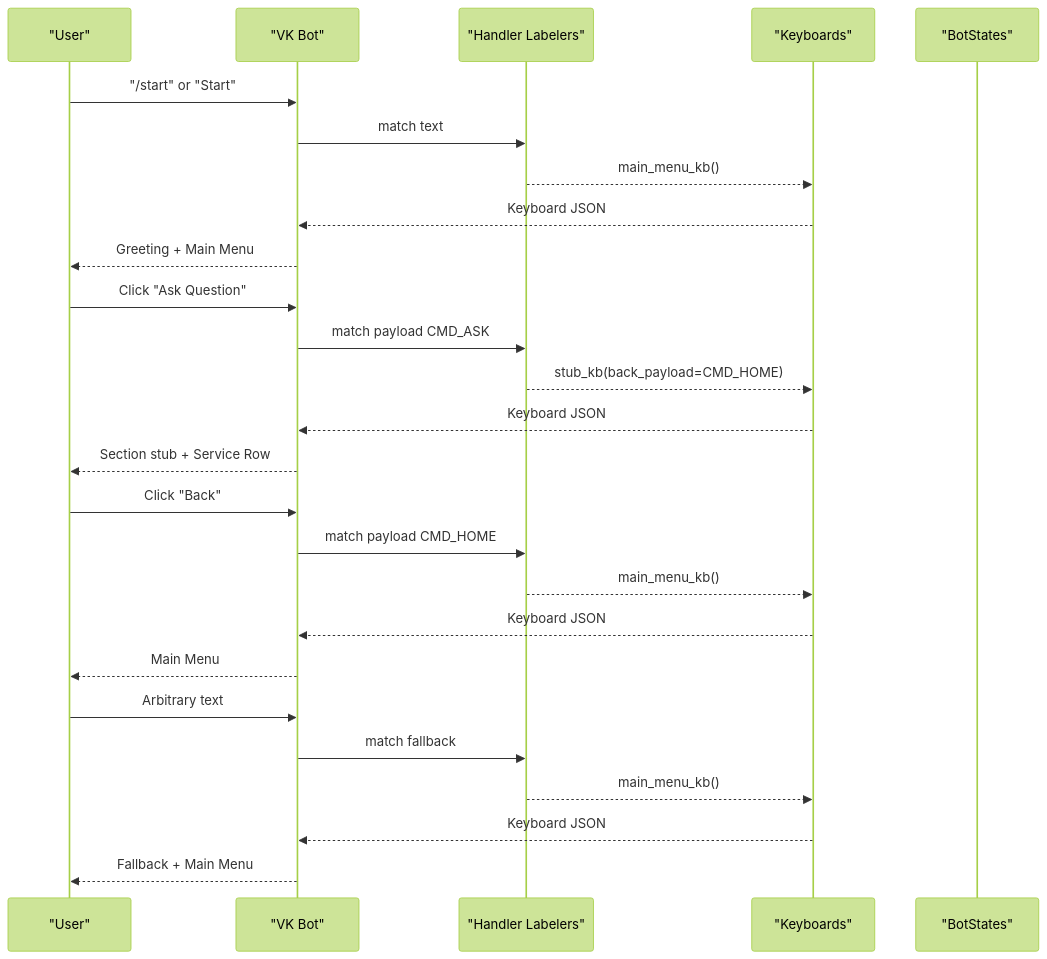
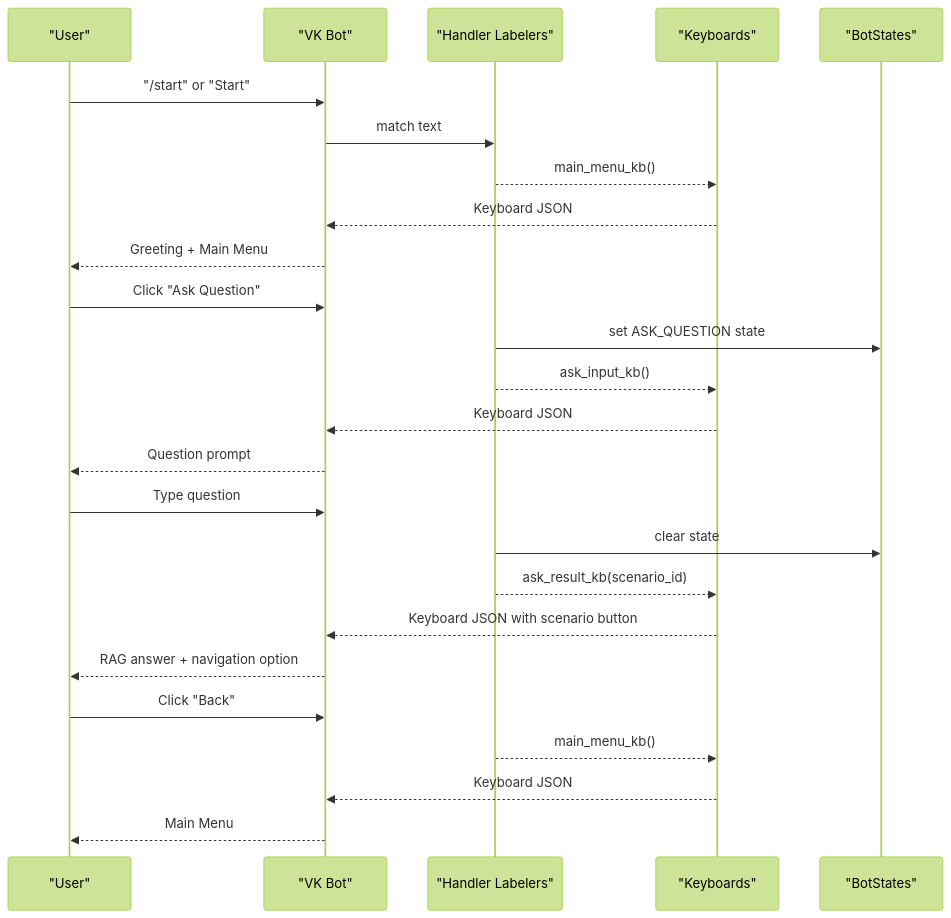
The second of 6 diagrams in .qoder/repowiki/en/content/Main Menu and Navigation.md (ognelis/cafetera_hr_bot), drawn with Mermaid (forest theme) before and after one commit. The commit also changed other lines of this file and 14 other files, not shown here.

````diff
--- a/.qoder/repowiki/en/content/Main Menu and Navigation.md
+++ b/.qoder/repowiki/en/content/Main Menu and Navigation.md
@@ -96,28 +107,27 @@
 ```mermaid
 sequenceDiagram
 participant User as "User"
 participant Bot as "VK Bot"
 participant Labelers as "Handler Labelers"
 participant KB as "Keyboards"
 participant States as "BotStates"
 User->>Bot : "/start" or "Start"
 Bot->>Labelers : match text
 Labelers-->>KB : main_menu_kb()
 KB-->>Bot : Keyboard JSON
 Bot-->>User : Greeting + Main Menu
 User->>Bot : Click "Ask Question"
-Bot->>Labelers : match payload CMD_ASK
-Labelers-->>KB : stub_kb(back_payload=CMD_HOME)
+Labelers->>States : set ASK_QUESTION state
+Labelers-->>KB : ask_input_kb()
 KB-->>Bot : Keyboard JSON
-Bot-->>User : Section stub + Service Row
+Bot-->>User : Question prompt
+User->>Bot : Type question
+Labelers->>States : clear state
+Labelers-->>KB : ask_result_kb(scenario_id)
+KB-->>Bot : Keyboard JSON with scenario button
+Bot-->>User : RAG answer + navigation option
 User->>Bot : Click "Back"
-Bot->>Labelers : match payload CMD_HOME
 Labelers-->>KB : main_menu_kb()
 KB-->>Bot : Keyboard JSON
 Bot-->>User : Main Menu
-User->>Bot : Arbitrary text
-Bot->>Labelers : match fallback
-Labelers-->>KB : main_menu_kb()
-KB-->>Bot : Keyboard JSON
-Bot-->>User : Fallback + Main Menu
 ```
````
